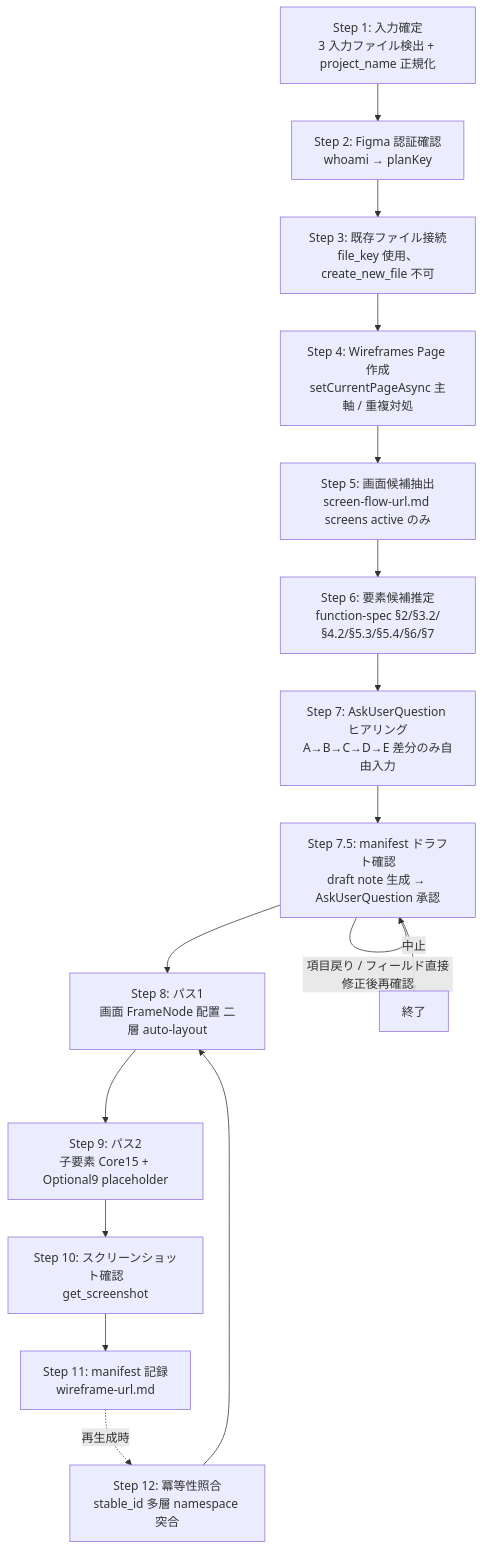
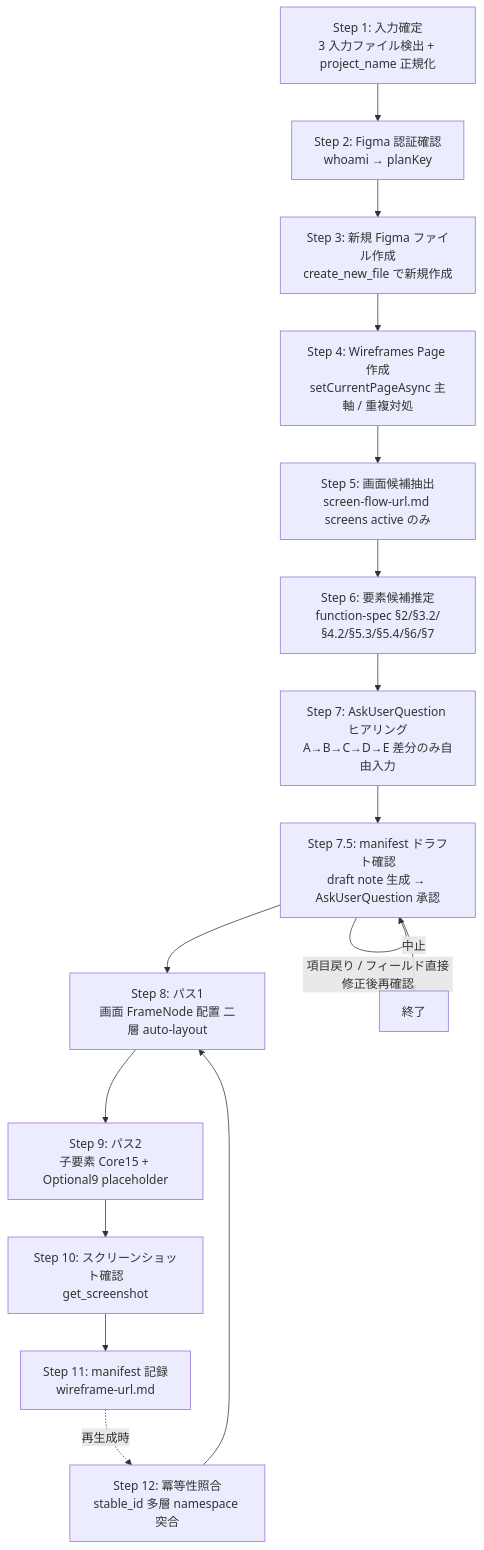
The diagram in .claude/skills/einja-project-screen-spec/SKILL.md (einja-inc/einja-management-template), drawn with Mermaid before and after one commit. The commit also changed other lines of this file and 4 other files, not shown here.

````diff
--- a/.claude/skills/einja-project-screen-spec/SKILL.md
+++ b/.claude/skills/einja-project-screen-spec/SKILL.md
@@ -56,18 +56,18 @@
 ```mermaid
 flowchart TB
   S1[Step 1: 入力確定<br/>3 入力ファイル検出 + project_name 正規化] --> S2[Step 2: Figma 認証確認<br/>whoami → planKey]
-  S2 --> S3[Step 3: 既存ファイル接続<br/>file_key 使用、create_new_file 不可]
+  S2 --> S3[Step 3: 新規 Figma ファイル作成<br/>create_new_file で新規作成]
   S3 --> S4[Step 4: Wireframes Page 作成<br/>setCurrentPageAsync 主軸 / 重複対処]
   S4 --> S5[Step 5: 画面候補抽出<br/>screen-flow-url.md screens active のみ]
   S5 --> S6[Step 6: 要素候補推定<br/>function-spec §2/§3.2/§4.2/§5.3/§5.4/§6/§7]
   S6 --> S7[Step 7: AskUserQuestion ヒアリング<br/>A→B→C→D→E 差分のみ自由入力]
   S7 --> S75[Step 7.5: manifest ドラフト確認<br/>draft note 生成 → AskUserQuestion 承認]
   S75 --> S8[Step 8: パス1<br/>画面 FrameNode 配置 二層 auto-layout]
   S75 -->|項目戻り / フィールド直接修正後再確認| S75
   S75 -->|中止| END[終了]
   S8 --> S9[Step 9: パス2<br/>子要素 Core15 + Optional9 placeholder]
   S9 --> S10[Step 10: スクリーンショット確認<br/>get_screenshot]
   S10 --> S11[Step 11: manifest 記録<br/>wireframe-url.md]
   S11 -.再生成時.-> S12[Step 12: 冪等性照合<br/>stable_id 多層 namespace 突合]
   S12 --> S8
 ```
````
